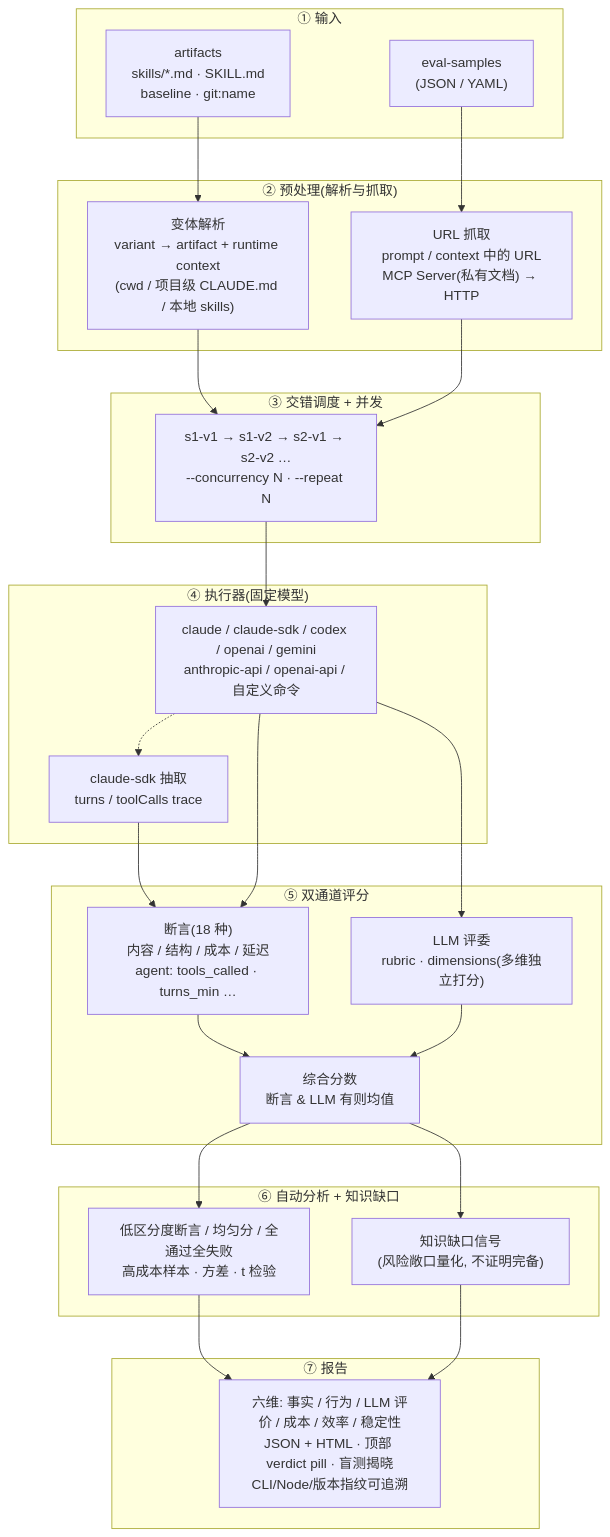
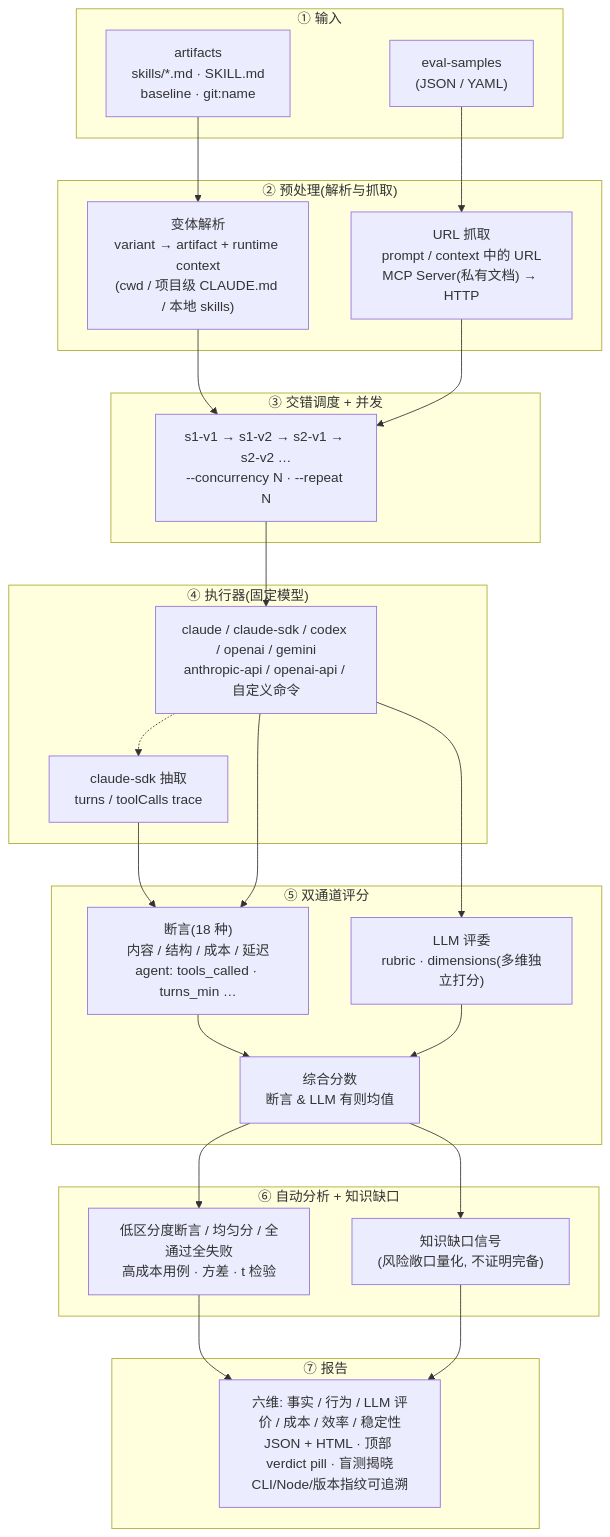
The diagram in docs/zh/explanation/architecture.md (lizhiyao/oh-my-knowledge), drawn with Mermaid before and after one commit. The commit also changed other lines of this file and 15 other files, not shown here.

````diff
--- a/docs/zh/explanation/architecture.md
+++ b/docs/zh/explanation/architecture.md
@@ -5,52 +5,52 @@
 ```mermaid
 flowchart TD
     subgraph Input["① 输入"]
         S["eval-samples<br/>(JSON / YAML)"]
         A["artifacts<br/>skills/*.md · SKILL.md<br/>baseline · git:name"]
     end
 
     subgraph Prep["② 预处理(解析与抓取)"]
         V["变体解析<br/>variant → artifact + runtime context<br/>(cwd / 项目级 CLAUDE.md / 本地 skills)"]
         U["URL 抓取<br/>prompt / context 中的 URL<br/>MCP Server(私有文档) → HTTP"]
     end
 
     subgraph Schedule["③ 交错调度 + 并发"]
         Q["s1-v1 → s1-v2 → s2-v1 → s2-v2 …<br/>--concurrency N · --repeat N"]
     end
 
     subgraph Exec["④ 执行器(固定模型)"]
         E["claude / claude-sdk / codex / openai / gemini<br/>anthropic-api / openai-api / 自定义命令"]
         T["claude-sdk 抽取<br/>turns / toolCalls trace"]
         E -.-> T
     end
 
     subgraph Score["⑤ 双通道评分"]
         AS["断言(18 种)<br/>内容 / 结构 / 成本 / 延迟<br/>agent: tools_called · turns_min …"]
         LS["LLM 评委<br/>rubric · dimensions(多维独立打分)"]
         CS["综合分数<br/>断言 & LLM 有则均值"]
         AS --> CS
         LS --> CS
     end
 
     subgraph Analyze["⑥ 自动分析 + 知识缺口"]
-        D["低区分度断言 / 均匀分 / 全通过全失败<br/>高成本样本 · 方差 · t 检验"]
+        D["低区分度断言 / 均匀分 / 全通过全失败<br/>高成本用例 · 方差 · t 检验"]
         G["知识缺口信号<br/>(风险敞口量化, 不证明完备)"]
     end
 
     subgraph Report["⑦ 报告"]
         R["六维: 事实 / 行为 / LLM 评价 / 成本 / 效率 / 稳定性<br/>JSON + HTML · 顶部 verdict pill · 盲测揭晓<br/>CLI/Node/版本指纹可追溯"]
     end
 
     S --> U
     A --> V
     V --> Q
     U --> Q
     Q --> E
     T --> AS
     E --> AS
     E --> LS
     CS --> D
     CS --> G
     D --> R
     G --> R
 ```
````
